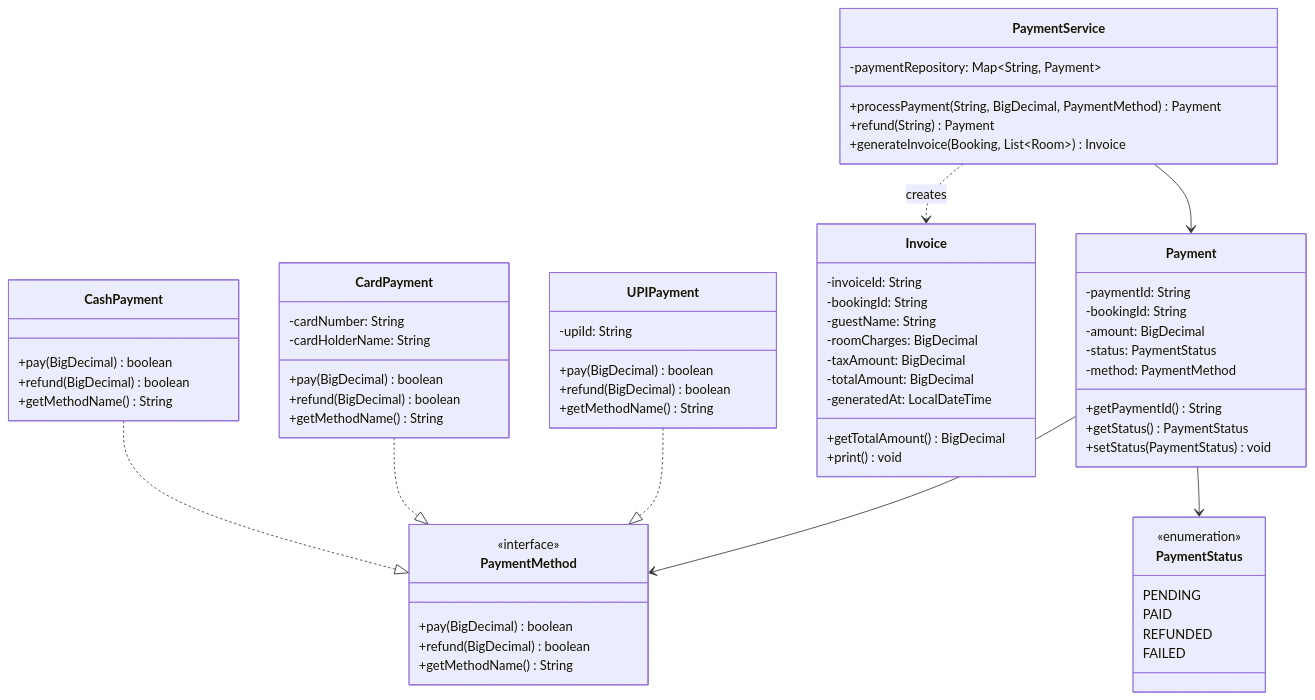
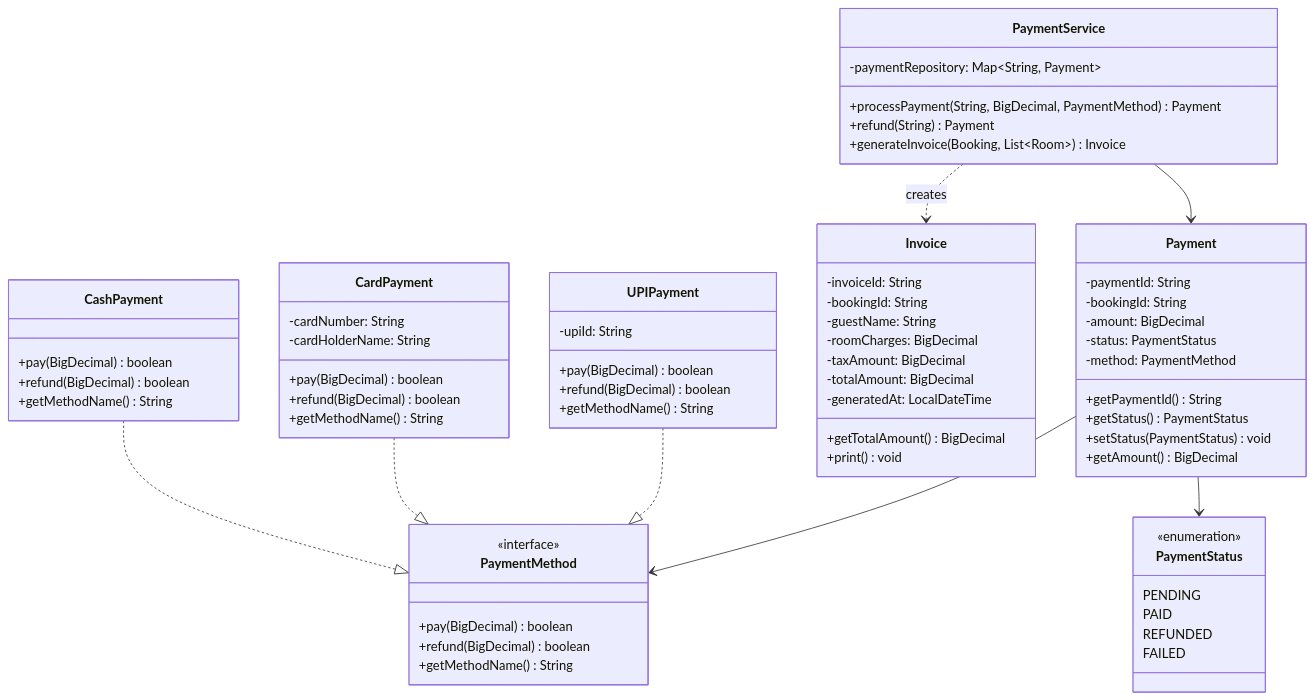
One commit to Arnavjain1703/LLD changed the sixth of 9 diagrams in HotelManagement/HMS_Class_Diagrams.md. Above: the diagram before and after it, drawn with Mermaid. The commit also changed other lines of this file, not shown here.

````diff
--- a/HotelManagement/HMS_Class_Diagrams.md
+++ b/HotelManagement/HMS_Class_Diagrams.md
@@ -284,76 +302,77 @@
 ```mermaid
 classDiagram
     class PaymentMethod {
         <<interface>>
         +pay(BigDecimal) boolean
         +refund(BigDecimal) boolean
         +getMethodName() String
     }
 
     class CashPayment {
         +pay(BigDecimal) boolean
         +refund(BigDecimal) boolean
         +getMethodName() String
     }
 
     class CardPayment {
         -cardNumber: String
         -cardHolderName: String
         +pay(BigDecimal) boolean
         +refund(BigDecimal) boolean
         +getMethodName() String
     }
 
     class UPIPayment {
         -upiId: String
         +pay(BigDecimal) boolean
         +refund(BigDecimal) boolean
         +getMethodName() String
     }
 
     class PaymentStatus {
         <<enumeration>>
         PENDING
         PAID
         REFUNDED
         FAILED
     }
 
     class Payment {
         -paymentId: String
         -bookingId: String
         -amount: BigDecimal
         -status: PaymentStatus
         -method: PaymentMethod
         +getPaymentId() String
         +getStatus() PaymentStatus
         +setStatus(PaymentStatus) void
+        +getAmount() BigDecimal
     }
 
     class Invoice {
         -invoiceId: String
         -bookingId: String
         -guestName: String
         -roomCharges: BigDecimal
         -taxAmount: BigDecimal
         -totalAmount: BigDecimal
         -generatedAt: LocalDateTime
         +getTotalAmount() BigDecimal
         +print() void
     }
 
     class PaymentService {
         -paymentRepository: Map~String, Payment~
         +processPayment(String, BigDecimal, PaymentMethod) Payment
         +refund(String) Payment
         +generateInvoice(Booking, List~Room~) Invoice
     }
 
-    CashPayment ..|> PaymentMethod
-    CardPayment ..|> PaymentMethod
-    UPIPayment  ..|> PaymentMethod
-    Payment     --> PaymentStatus
-    Payment     --> PaymentMethod
-    PaymentService --> Payment
-    PaymentService ..> Invoice : creates
+    CashPayment    ..|>  PaymentMethod
+    CardPayment    ..|>  PaymentMethod
+    UPIPayment     ..|>  PaymentMethod
+    Payment        -->   PaymentStatus
+    Payment        -->   PaymentMethod
+    PaymentService -->   Payment
+    PaymentService ..>   Invoice : creates
 ```
````
